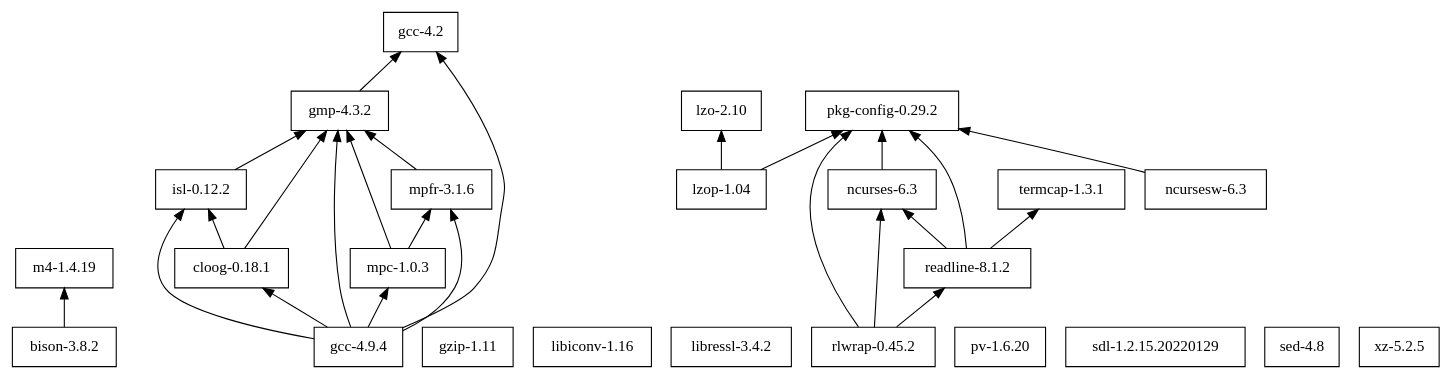
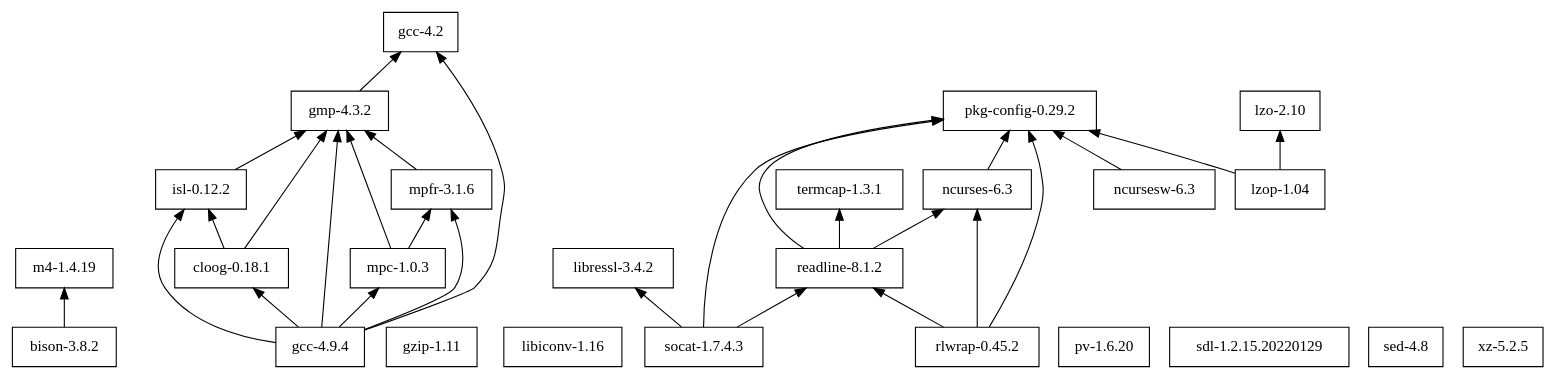
The diagram in tigersh/deps/dependencies.dot (cellularmitosis/leopard.sh), drawn with Graphviz before and after one commit. The commit also changed 11 other files, not shown here.

```diff
--- a/tigersh/deps/dependencies.dot
+++ b/tigersh/deps/dependencies.dot
@@ -1,42 +1,45 @@
 digraph mygraph {
 node [shape=box];
 rankdir = BT;
 
 "bison-3.8.2" -> "m4-1.4.19"
 "cloog-0.18.1" -> "gmp-4.3.2"
 "cloog-0.18.1" -> "isl-0.12.2"
 "gcc-4.2"
 "gcc-4.9.4" -> "cloog-0.18.1"
 "gcc-4.9.4" -> "gcc-4.2"
 "gcc-4.9.4" -> "gmp-4.3.2"
 "gcc-4.9.4" -> "isl-0.12.2"
 "gcc-4.9.4" -> "mpc-1.0.3"
 "gcc-4.9.4" -> "mpfr-3.1.6"
 "gmp-4.3.2" -> "gcc-4.2"
 "gzip-1.11"
 "isl-0.12.2" -> "gmp-4.3.2"
 "libiconv-1.16"
 "libressl-3.4.2"
 "lzo-2.10"
 "lzop-1.04" -> "lzo-2.10"
 "lzop-1.04" -> "pkg-config-0.29.2"
 "m4-1.4.19"
 "mpc-1.0.3" -> "gmp-4.3.2"
 "mpc-1.0.3" -> "mpfr-3.1.6"
 "mpfr-3.1.6" -> "gmp-4.3.2"
 "ncurses-6.3" -> "pkg-config-0.29.2"
 "ncursesw-6.3" -> "pkg-config-0.29.2"
 "pkg-config-0.29.2"
 "pv-1.6.20"
 "readline-8.1.2" -> "ncurses-6.3"
 "readline-8.1.2" -> "pkg-config-0.29.2"
 "readline-8.1.2" -> "termcap-1.3.1"
 "rlwrap-0.45.2" -> "ncurses-6.3"
 "rlwrap-0.45.2" -> "pkg-config-0.29.2"
 "rlwrap-0.45.2" -> "readline-8.1.2"
 "sdl-1.2.15.20220129"
 "sed-4.8"
+"socat-1.7.4.3" -> "libressl-3.4.2"
+"socat-1.7.4.3" -> "pkg-config-0.29.2"
+"socat-1.7.4.3" -> "readline-8.1.2"
 "termcap-1.3.1"
 "xz-5.2.5"
 
 }
```
